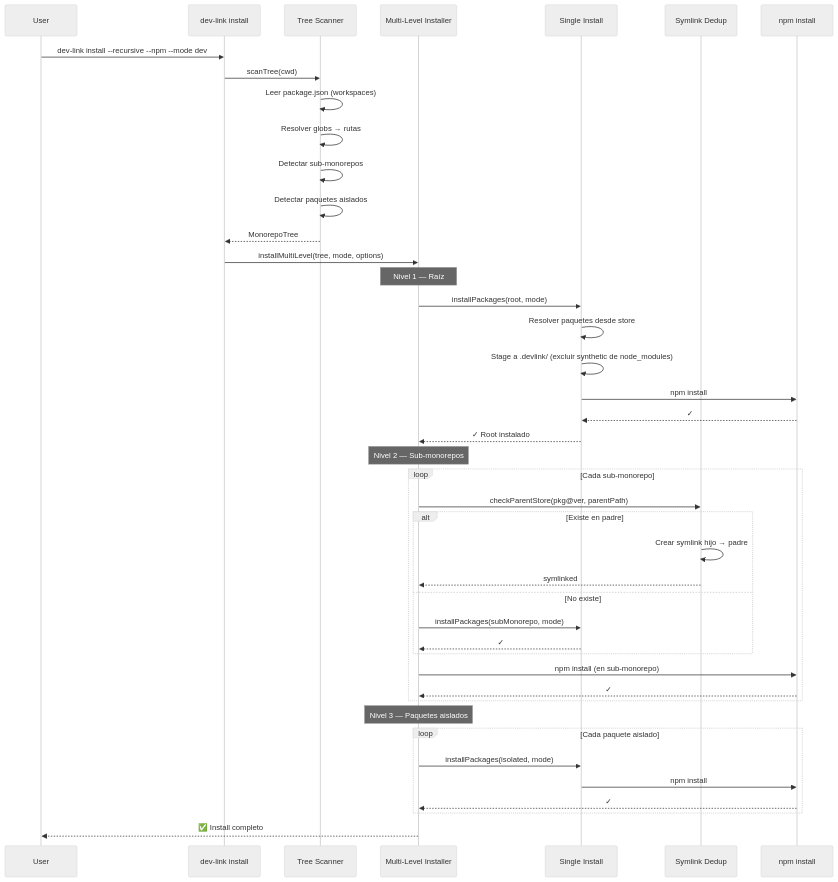
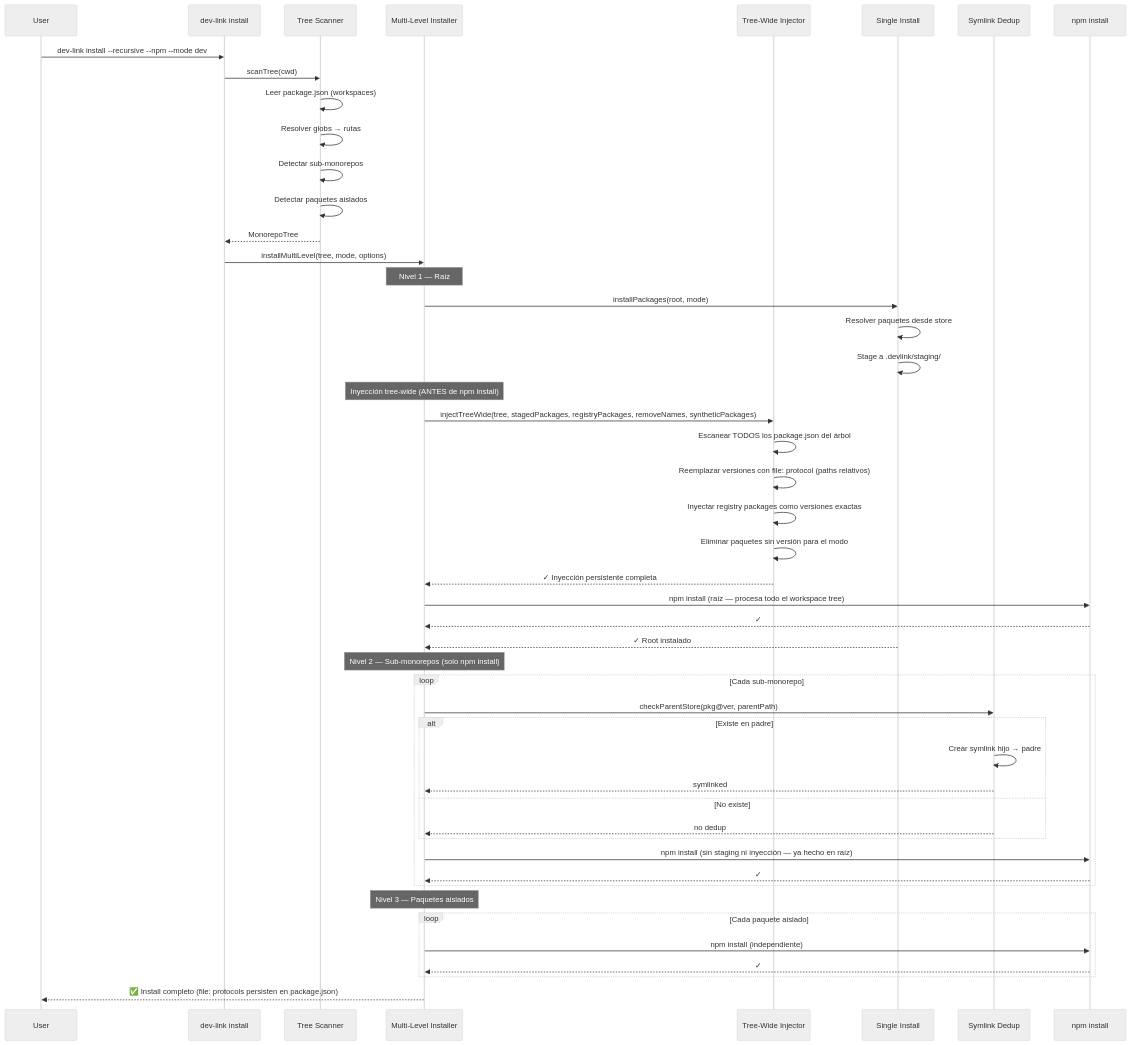
The second of 4 diagrams in .kiro/specs/devlink-monorepo-support/design.md (unlimitechcloud/devlink), drawn with Mermaid (neutral theme) before and after one commit. The commit also changed other lines of this file and 21 other files, not shown here.

First line of the commit message:
feat: monorepo support — tree command, multilevel install, synthetic packages

````diff
--- a/.kiro/specs/devlink-monorepo-support/design.md
+++ b/.kiro/specs/devlink-monorepo-support/design.md
@@ -46,51 +52,59 @@
 ```mermaid
 sequenceDiagram
     participant User
     participant CLI as dev-link install
     participant Scanner as Tree Scanner
     participant MI as Multi-Level Installer
+    participant Injector as Tree-Wide Injector
     participant Install as Single Install
     participant Dedup as Symlink Dedup
     participant NPM as npm install
 
     User->>CLI: dev-link install --recursive --npm --mode dev
     CLI->>Scanner: scanTree(cwd)
     Scanner->>Scanner: Leer package.json (workspaces)
     Scanner->>Scanner: Resolver globs → rutas
     Scanner->>Scanner: Detectar sub-monorepos
     Scanner->>Scanner: Detectar paquetes aislados
     Scanner-->>CLI: MonorepoTree
 
     CLI->>MI: installMultiLevel(tree, mode, options)
     
     Note over MI: Nivel 1 — Raíz
     MI->>Install: installPackages(root, mode)
     Install->>Install: Resolver paquetes desde store
-    Install->>Install: Stage a .devlink/ (excluir synthetic de node_modules)
-    Install->>NPM: npm install
-    NPM-->>Install: ✓
+    Install->>Install: Stage a .devlink/staging/
+
+    Note over MI: Inyección tree-wide (ANTES de npm install)
+    MI->>Injector: injectTreeWide(tree, stagedPackages, registryPackages, removeNames, syntheticPackages)
+    Injector->>Injector: Escanear TODOS los package.json del árbol
+    Injector->>Injector: Reemplazar versiones con file: protocol (paths relativos)
+    Injector->>Injector: Inyectar registry packages como versiones exactas
+    Injector->>Injector: Eliminar paquetes sin versión para el modo
+    Injector-->>MI: ✓ Inyección persistente completa
+
+    MI->>NPM: npm install (raíz — procesa todo el workspace tree)
+    NPM-->>MI: ✓
     Install-->>MI: ✓ Root instalado
 
-    Note over MI: Nivel 2 — Sub-monorepos
+    Note over MI: Nivel 2 — Sub-monorepos (solo npm install)
     loop Cada sub-monorepo
         MI->>Dedup: checkParentStore(pkg@ver, parentPath)
         alt Existe en padre
             Dedup->>Dedup: Crear symlink hijo → padre
             Dedup-->>MI: symlinked
         else No existe
-            MI->>Install: installPackages(subMonorepo, mode)
-            Install-->>MI: ✓
+            Dedup-->>MI: no dedup
         end
-        MI->>NPM: npm install (en sub-monorepo)
+        MI->>NPM: npm install (sin staging ni inyección — ya hecho en raíz)
         NPM-->>MI: ✓
     end
 
     Note over MI: Nivel 3 — Paquetes aislados
     loop Cada paquete aislado
-        MI->>Install: installPackages(isolated, mode)
-        Install->>NPM: npm install
+        MI->>NPM: npm install (independiente)
         NPM-->>MI: ✓
     end
 
-    MI-->>User: ✅ Install completo
+    MI-->>User: ✅ Install completo (file: protocols persisten en package.json)
 ```
````
